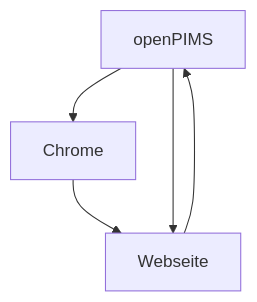
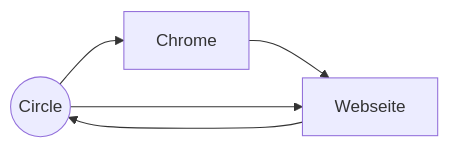
The first of 2 diagrams in README.md (openpims/openpims), drawn with Mermaid before and after one commit.

````diff
--- a/README.md
+++ b/README.md
@@ -8,7 +8,7 @@
 ```mermaid
-  graph TD;
-      openPIMS-->Chrome;
+  graph LR;
+      openPIMS((Circle))-->Chrome;
       Chrome-->Webseite;
       Webseite-->openPIMS;
       openPIMS-->Webseite;
 ```
````
